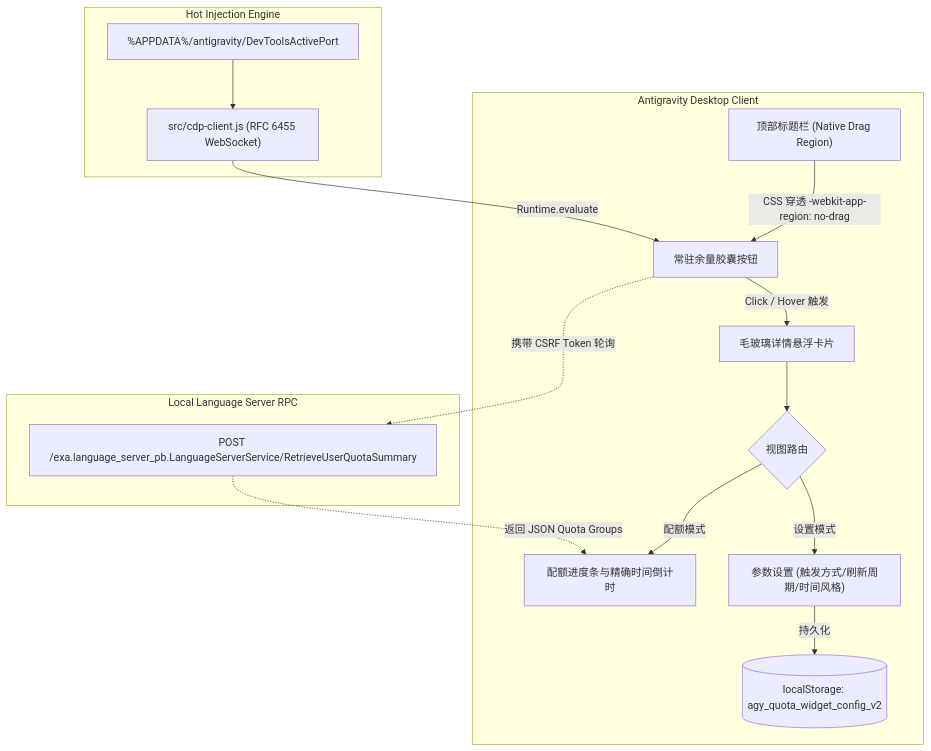
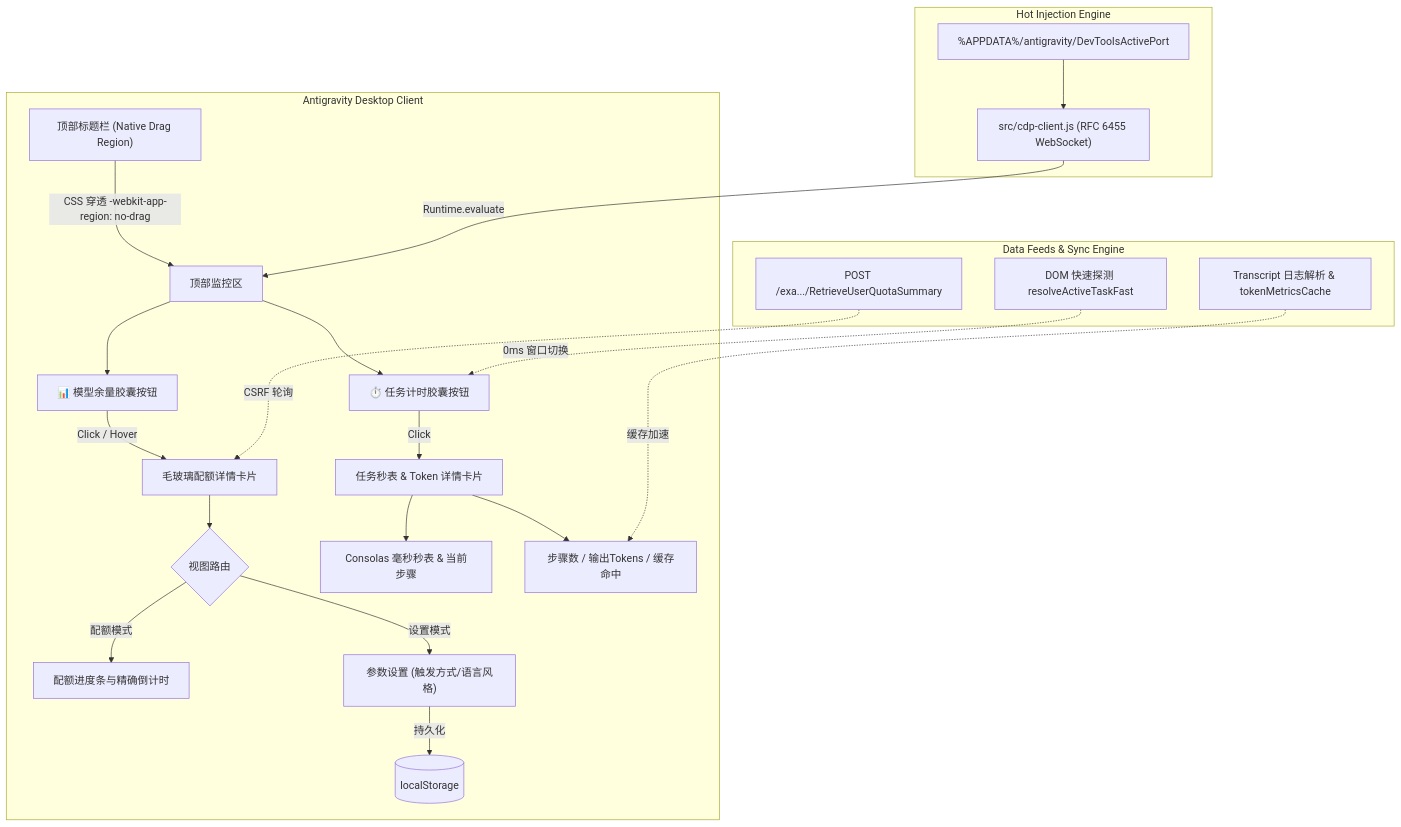
The diagram in README.md (Sliccic/antigravity-quota-indicator), drawn with Mermaid before and after one commit. The commit also changed other lines of this file and 2 other files, not shown here.

Commit message:
feat: add real-time task duration timer, token metrics & cache hit monitor (v1.1.0)

````diff
--- a/README.md
+++ b/README.md
@@ -110,22 +115,30 @@
 ```mermaid
 flowchart TD
     subgraph Antigravity Desktop Client
-        TopBar["顶部标题栏 (Native Drag Region)"] -->|CSS 穿透 -webkit-app-region: no-drag| TopPill["常驻余量胶囊按钮"]
-        TopPill -->|Click / Hover 触发| Popover["毛玻璃详情悬浮卡片"]
-        Popover --> ViewSwitch{"视图路由"}
-        ViewSwitch -->|配额模式| QuotaView["配额进度条与精确时间倒计时"]
-        ViewSwitch -->|设置模式| SettingsView["参数设置 (触发方式/刷新周期/时间风格)"]
-        SettingsView -->|持久化| LocalStorage[("localStorage: agy_quota_widget_config_v2")]
+        TopBar["顶部标题栏 (Native Drag Region)"] -->|CSS 穿透 -webkit-app-region: no-drag| TopBarArea["顶部监控区"]
+        TopBarArea --> TopPill["📊 模型余量胶囊按钮"]
+        TopBarArea --> TaskPill["⏱️ 任务计时胶囊按钮"]
+        
+        TopPill -->|Click / Hover| QuotaPopover["毛玻璃配额详情卡片"]
+        TaskPill -->|Click| TaskPopover["任务秒表 & Token 详情卡片"]
+
+        QuotaPopover --> ViewSwitch{"视图路由"}
+        ViewSwitch -->|配额模式| QuotaView["配额进度条与精确倒计时"]
+        ViewSwitch -->|设置模式| SettingsView["参数设置 (触发方式/语言风格)"]
+        SettingsView -->|持久化| LocalStorage[("localStorage")]
+
+        TaskPopover --> TaskMetrics["Consolas 毫秒秒表 & 当前步骤"]
+        TaskPopover --> TokenGrid["步骤数 / 输出Tokens / 缓存命中"]
     end
 
-    subgraph Local Language Server RPC
-        RPC["POST /exa.language_server_pb.LanguageServerService/RetrieveUserQuotaSummary"]
-        TopPill -.->|携带 CSRF Token 轮询| RPC
-        RPC -.->|返回 JSON Quota Groups| QuotaView
+    subgraph Data Feeds & Sync Engine
+        RPC["POST /exa.../RetrieveUserQuotaSummary"] -.->|CSRF 轮询| QuotaPopover
+        FastDOM["DOM 快速探测 resolveActiveTaskFast"] -.->|0ms 窗口切换| TaskPill
+        LogsCache["Transcript 日志解析 & tokenMetricsCache"] -.->|缓存加速| TokenGrid
     end
 
     subgraph Hot Injection Engine
         DevToolsPort["%APPDATA%/antigravity/DevToolsActivePort"] --> CDPClient["src/cdp-client.js (RFC 6455 WebSocket)"]
-        CDPClient -->|Runtime.evaluate| TopPill
+        CDPClient -->|Runtime.evaluate| TopBarArea
     end
 ```
````
